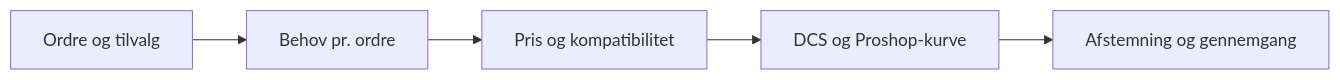
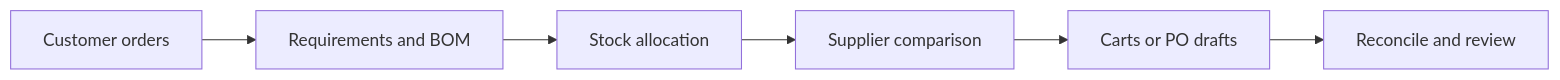
The diagram in README.md (byensitmagnus/order-flow-skill), drawn with Mermaid before and after one commit. The commit also changed other lines of this file and 7 other files, not shown here.

Commit message:
Generalize procurement skill into English business order flow

````diff
--- a/README.md
+++ b/README.md
@@ -34,7 +38,8 @@
 ```mermaid
 flowchart LR
-    A[Ordre og tilvalg] --> B[Behov pr. ordre]
-    B --> C[Pris og kompatibilitet]
-    C --> D[DCS og Proshop-kurve]
-    D --> E[Afstemning og gennemgang]
+    A[Customer orders] --> B[Requirements and BOM]
+    B --> C[Stock allocation]
+    C --> D[Supplier comparison]
+    D --> E[Carts or PO drafts]
+    E --> F[Reconcile and review]
 ```
````
